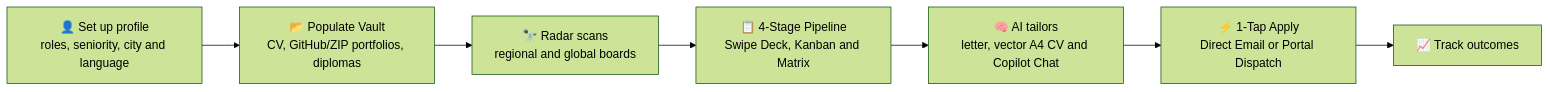
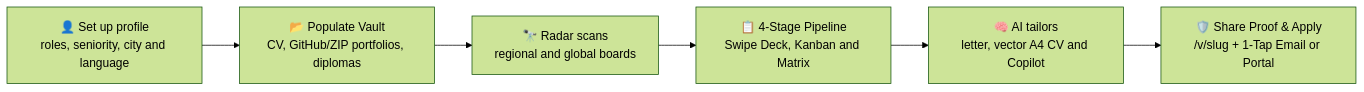
Before and after one commit to AlexBuildsLTS/OpusHunter-Release: the first of 3 diagrams in README.md, drawn with Mermaid (forest theme). The commit also changed other lines of this file, not shown here.

````diff
--- a/README.md
+++ b/README.md
@@ -158,9 +192,8 @@
 ```mermaid
 flowchart LR
     A["👤 Set up profile<br/>roles, seniority, city and language"] --> B["📂 Populate Vault<br/>CV, GitHub/ZIP portfolios, diplomas"]
     B --> C["🔭 Radar scans<br/>regional and global boards"]
     C --> D["📋 4-Stage Pipeline<br/>Swipe Deck, Kanban and Matrix"]
-    D --> E["🧠 AI tailors<br/>letter, vector A4 CV and Copilot Chat"]
-    E --> F["⚡ 1-Tap Apply<br/>Direct Email or Portal Dispatch"]
-    F --> G["📈 Track outcomes"]
+    D --> E["🧠 AI tailors<br/>letter, vector A4 CV and Copilot"]
+    E --> F["🛡️ Share Proof & Apply<br/>/v/slug + 1-Tap Email or Portal"]
 ```
````
